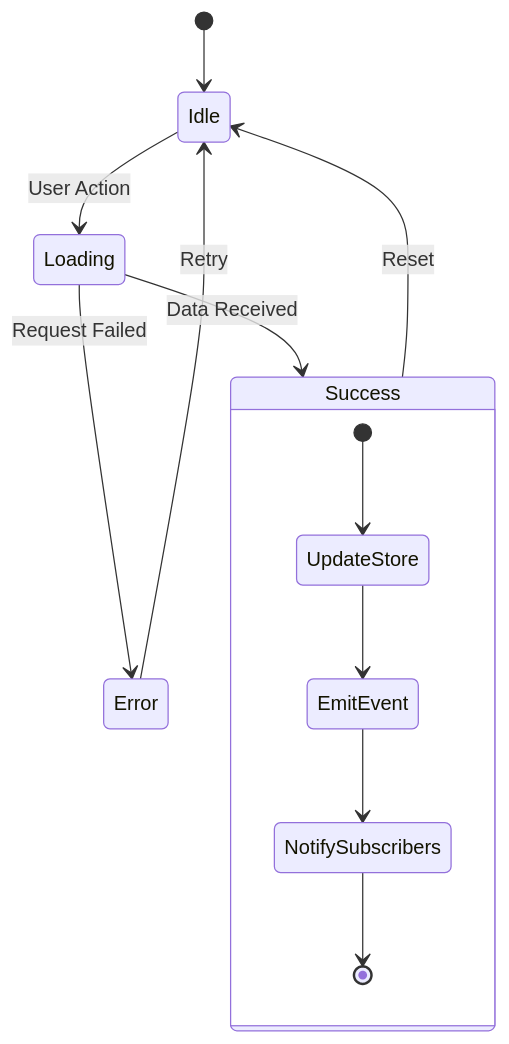
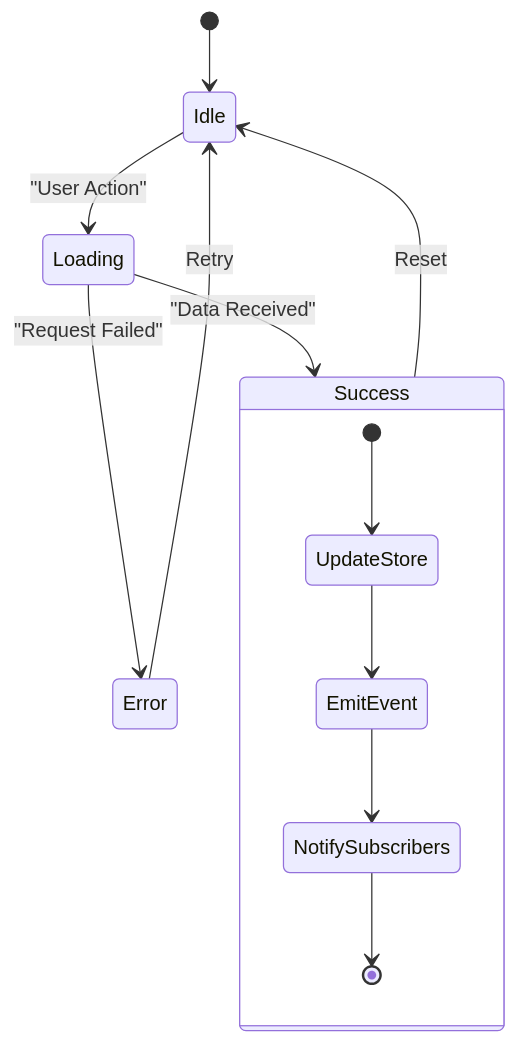
Diagram 17 of 17 in docs/VISUAL_GUIDE.md (tian972k/micro-fontend-base), drawn with Mermaid before and after one commit. The commit also changed 1 other file, not shown here.

Commit message:
fix: wrap Mermaid state diagram labels in quotes to fix parse error

````diff
--- a/docs/VISUAL_GUIDE.md
+++ b/docs/VISUAL_GUIDE.md
@@ -545,18 +545,18 @@
 ```mermaid
 stateDiagram-v2
     [*] --> Idle
 
-    Idle --> Loading: User Action
-    Loading --> Success: Data Received
-    Loading --> Error: Request Failed
+    Idle --> Loading: "User Action"
+    Loading --> Success: "Data Received"
+    Loading --> Error: "Request Failed"
 
     Success --> Idle: Reset
     Error --> Idle: Retry
 
     state Success {
         [*] --> UpdateStore
         UpdateStore --> EmitEvent
         EmitEvent --> NotifySubscribers
         NotifySubscribers --> [*]
     }
 ```
````
